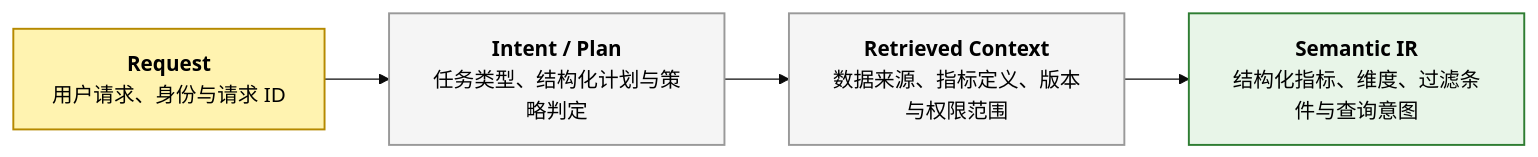
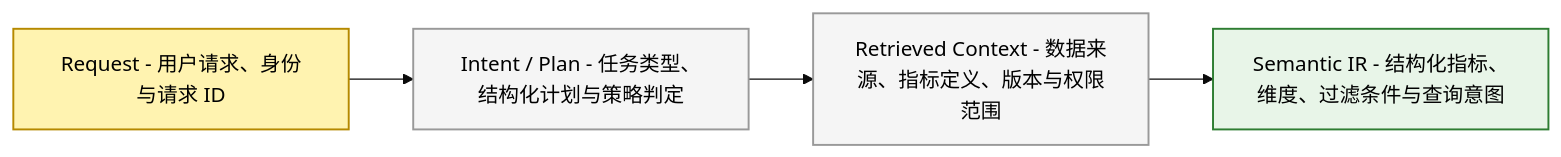
The third of 6 diagrams in source/_posts/bi-evolution-6-ai-native-restructure.md (BillZong/BillZong.github.io), drawn with Mermaid (base theme) before and after one commit. The commit also changed other lines of this file and 1 other file, not shown here.

```diff
--- a/source/_posts/bi-evolution-6-ai-native-restructure.md
+++ b/source/_posts/bi-evolution-6-ai-native-restructure.md
@@ -217,13 +217,13 @@
 {% mermaid %}
 flowchart LR
     classDef entry fill:#fff3b0,stroke:#b58900,color:#000,stroke-width:1.5px
     classDef decision fill:#fce4ec,stroke:#c62828,color:#000,stroke-width:1.5px
     classDef exit fill:#e8f5e8,stroke:#2e7d32,color:#000,stroke-width:1.5px
     classDef normal fill:#f5f5f5,stroke:#999,color:#000,stroke-width:1.5px
 
-    A["<b>Request</b><br/>用户请求、身份与请求 ID"]:::entry
-    B["<b>Intent / Plan</b><br/>任务类型、结构化计划与策略判定"]:::normal
-    C["<b>Retrieved Context</b><br/>数据来源、指标定义、版本与权限范围"]:::normal
-    D["<b>Semantic IR</b><br/>结构化指标、维度、过滤条件与查询意图"]:::exit
+    A["Request - 用户请求、身份与请求 ID"]:::entry
+    B["Intent / Plan - 任务类型、结构化计划与策略判定"]:::normal
+    C["Retrieved Context - 数据来源、指标定义、版本与权限范围"]:::normal
+    D["Semantic IR - 结构化指标、维度、过滤条件与查询意图"]:::exit
     A --> B --> C --> D
 {% endmermaid %}
```
